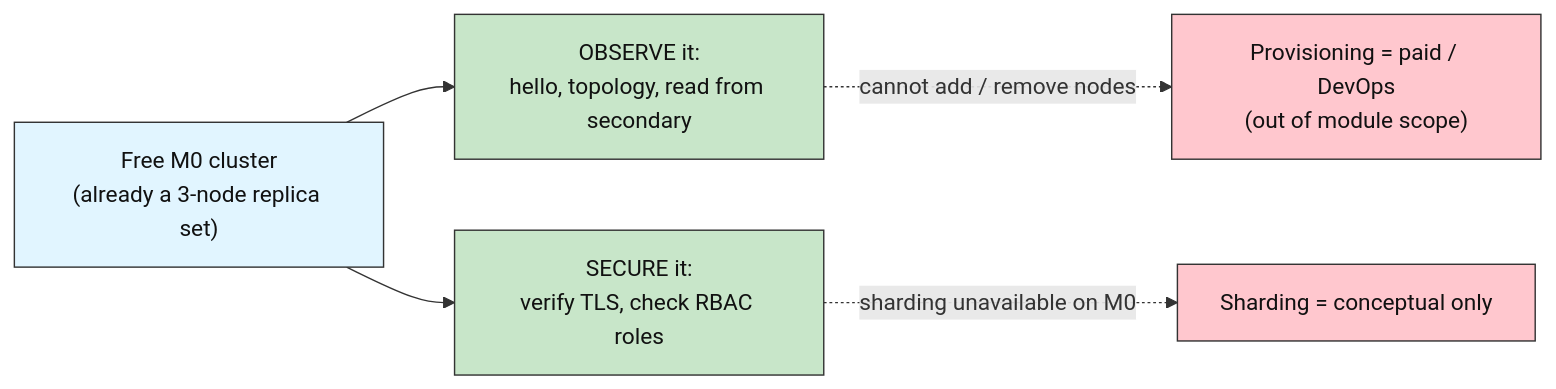
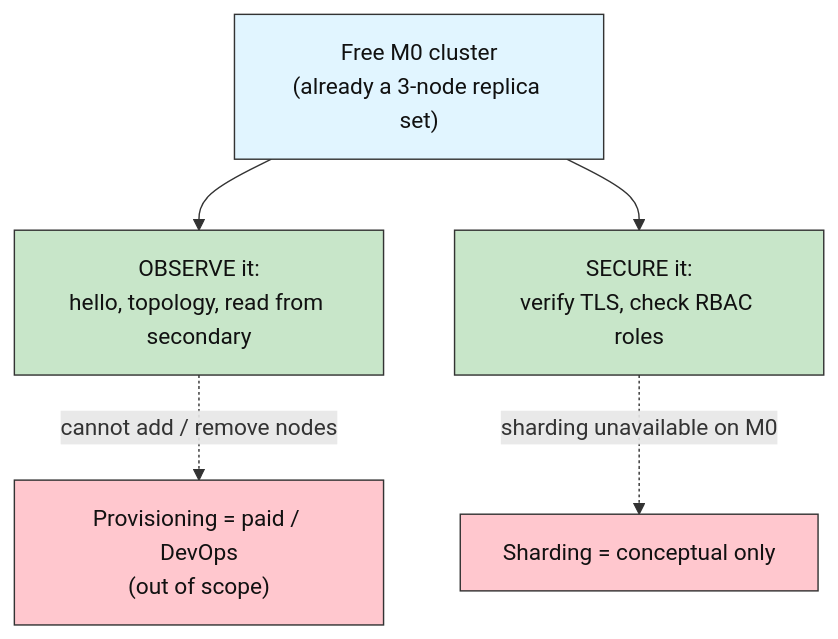
The third of 7 diagrams in MongoDB-Labs/Section 6 - Reliability and Scale/Lab 6 - Scaling the University Database/lab-6-scaling-university-database.md (CogKnowEdge-Solutions/Context-Memory-Layer), drawn with Mermaid before and after one commit. The commit also changed other lines of this file and 106 other files, not shown here.

````diff
--- a/MongoDB-Labs/Section 6 - Reliability and Scale/Lab 6 - Scaling the University Database/lab-6-scaling-university-database.md
+++ b/MongoDB-Labs/Section 6 - Reliability and Scale/Lab 6 - Scaling the University Database/lab-6-scaling-university-database.md
@@ -37,13 +123,13 @@
 ```mermaid
-flowchart LR
+flowchart TB
     M0["Free M0 cluster<br/>(already a 3-node replica set)"] --> O["OBSERVE it:<br/>hello, topology, read from secondary"]
     M0 --> S["SECURE it:<br/>verify TLS, check RBAC roles"]
-    O -.->|"cannot add / remove nodes"| X["Provisioning = paid / DevOps<br/>(out of module scope)"]
+    O -.->|"cannot add / remove nodes"| X["Provisioning = paid / DevOps<br/>(out of scope)"]
     S -.->|"sharding unavailable on M0"| Y["Sharding = conceptual only"]
 
     style M0 fill:#e1f5ff,stroke:#333333,stroke-width:1px,color:#111111
     style O fill:#c8e6c9,stroke:#333333,stroke-width:1px,color:#111111
     style S fill:#c8e6c9,stroke:#333333,stroke-width:1px,color:#111111
     style X fill:#ffc7ce,stroke:#333333,stroke-width:1px,color:#111111
     style Y fill:#ffc7ce,stroke:#333333,stroke-width:1px,color:#111111
 ```
````
